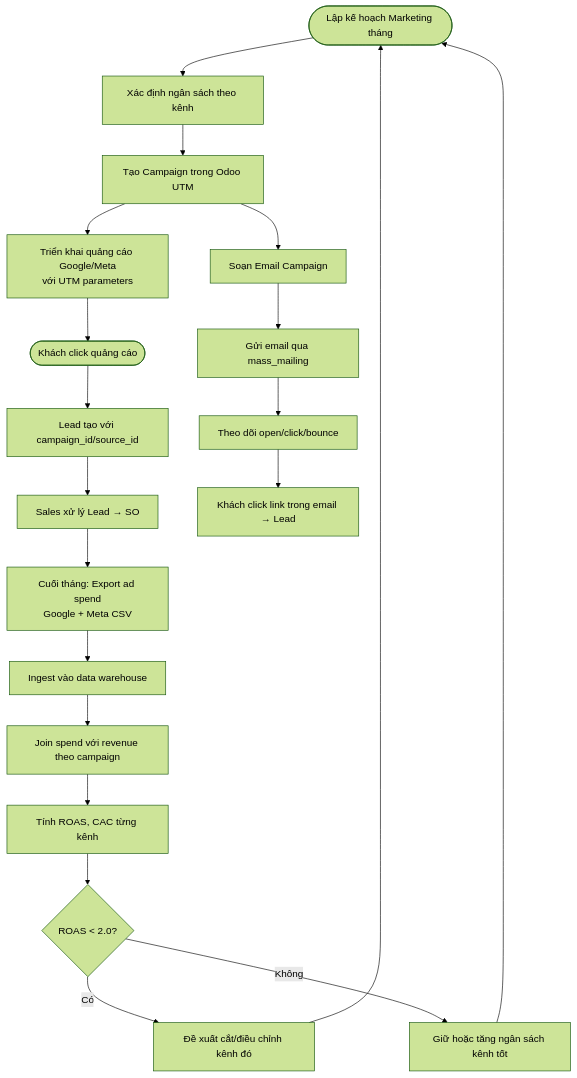
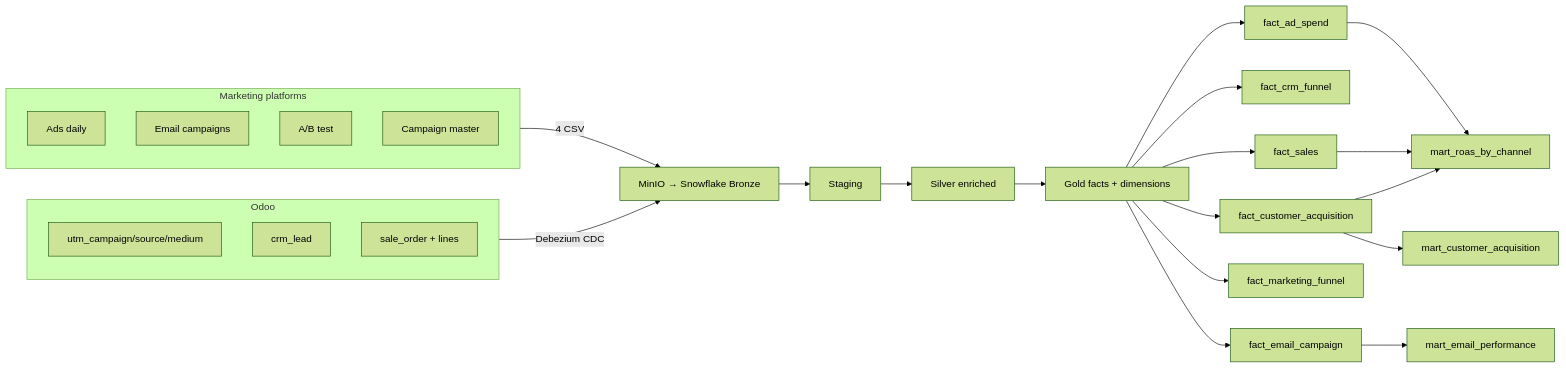
The first of 3 diagrams in docs/business/FRD-02-marketing.md (vothanhphu9x-pixel/superstore_ecommerce), drawn with Mermaid (forest theme) before and after one commit. The commit also changed other lines of this file and 219 other files, not shown here.

Commit message:
feat(data): build CDC-TO-MART Pipeline baseline

````diff
--- a/docs/business/FRD-02-marketing.md
+++ b/docs/business/FRD-02-marketing.md
@@ -63,24 +17,34 @@
 ```mermaid
-flowchart TD
-    A([Lập kế hoạch Marketing tháng]) --> B[Xác định ngân sách theo kênh]
-    B --> C[Tạo Campaign trong Odoo UTM]
-    C --> D[Triển khai quảng cáo Google/Meta\nvới UTM parameters]
-    D --> E([Khách click quảng cáo])
-    E --> F[Lead tạo với campaign_id/source_id]
-    F --> G[Sales xử lý Lead → SO]
+flowchart LR
+    subgraph EXT[Marketing platforms]
+        ADS[Ads daily]
+        EMAIL[Email campaigns]
+        AB[A/B test]
+        MASTER[Campaign master]
+    end
 
-    C --> H[Soạn Email Campaign]
-    H --> I[Gửi email qua mass_mailing]
-    I --> J[Theo dõi open/click/bounce]
-    J --> K[Khách click link trong email → Lead]
+    subgraph ODOO[Odoo]
+        UTM[utm_campaign/source/medium]
+        CRM[crm_lead]
+        SO[sale_order + lines]
+    end
 
-    G --> L[Cuối tháng: Export ad spend\nGoogle + Meta CSV]
-    L --> M[Ingest vào data warehouse]
-    M --> N[Join spend với revenue theo campaign]
-    N --> O[Tính ROAS, CAC từng kênh]
-    O --> P{ROAS < 2.0?}
-    P -->|Có| Q[Đề xuất cắt/điều chỉnh kênh đó]
-    P -->|Không| R[Giữ hoặc tăng ngân sách kênh tốt]
-    Q --> A
-    R --> A
+    EXT -->|4 CSV| RAW[MinIO → Snowflake Bronze]
+    ODOO -->|Debezium CDC| RAW
+    RAW --> STG[Staging]
+    STG --> SIL[Silver enriched]
+    SIL --> GOLD[Gold facts + dimensions]
+
+    GOLD --> FAD[fact_ad_spend]
+    GOLD --> FCRM[fact_crm_funnel]
+    GOLD --> FSALE[fact_sales]
+    GOLD --> FCAC[fact_customer_acquisition]
+    GOLD --> FFUNNEL[fact_marketing_funnel]
+    GOLD --> FEMAIL[fact_email_campaign]
+
+    FAD --> ROAS[mart_roas_by_channel]
+    FSALE --> ROAS
+    FCAC --> ROAS
+    FCAC --> CAC[mart_customer_acquisition]
+    FEMAIL --> EM[mart_email_performance]
 ```
````
